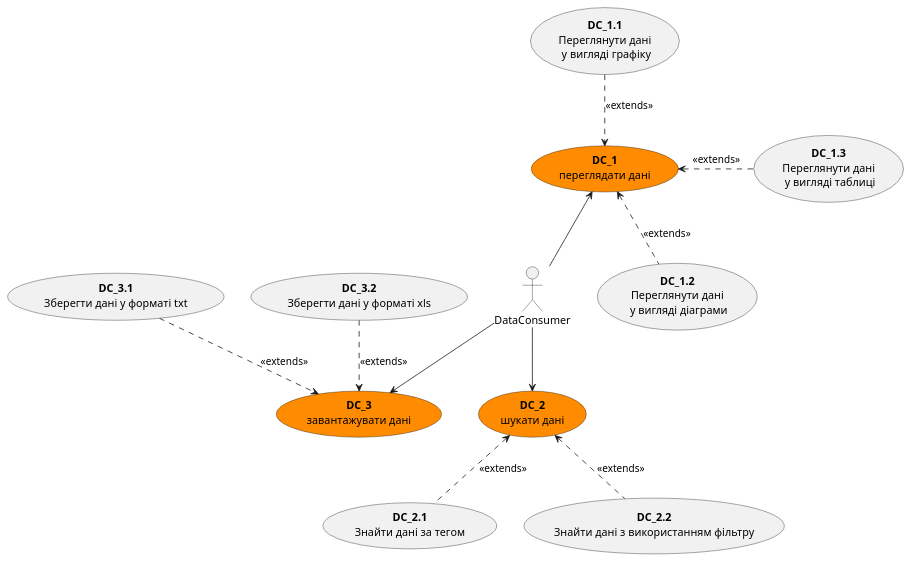
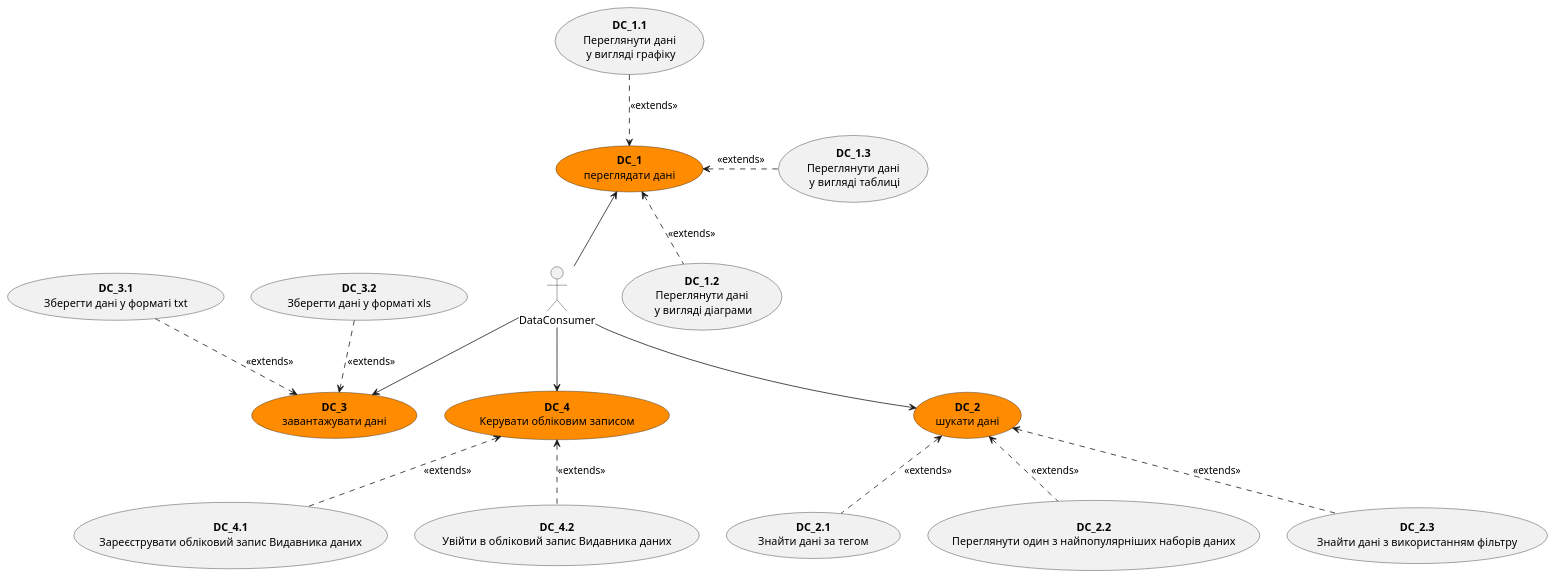
One commit to boldak/edu-db-cw changed the second of 21 diagrams in docs/use cases/Readme.md. Above: the diagram before and after it, drawn with PlantUML. The commit also changed other lines of this file and 2 other files, not shown here.

```diff
--- a/docs/use cases/Readme.md
+++ b/docs/use cases/Readme.md
@@ -47,40 +51,53 @@
 @startuml
 
 actor DataConsumer
   
   usecase Duse1 as "<b>DC_1</b>\nпереглядати данi" #FF8C00
   usecase Duse2 as "<b>DC_2</b>\nшукати данi" #FF8C00
   usecase Duse3 as "<b>DC_3</b>\nзавантажувати данi" #FF8C00
+  usecase Duse4 as "<b>DC_4</b>\nКерувати облiковим записом" #FF8C00 
   
   usecase Duse1_1 as "<b>DC_1.1</b>\nПереглянути дані\n у вигляді графіку"
   usecase Duse1_2 as "<b>DC_1.2</b>\nПереглянути дані\n у вигляді діаграми"
   usecase Duse1_3 as "<b>DC_1.3</b>\nПереглянути дані\n у вигляді таблиці"
   
   usecase Duse2_1 as "<b>DC_2.1</b>\nЗнайти дані за тегом"
-  usecase Duse2_2 as "<b>DC_2.2</b>\nЗнайти дані з використанням фільтру"
+  usecase Duse2_2 as "<b>DC_2.2</b>\nПереглянути один з найпопулярніших наборів даних"
+  usecase Duse2_3 as "<b>DC_2.3</b>\nЗнайти дані з використанням фільтру"
   
   usecase Duse3_1 as "<b>DC_3.1</b>\nЗберегти дані у форматі txt"
   usecase Duse3_2 as "<b>DC_3.2</b>\nЗберегти дані у форматі xls"
 
-  
+  usecase Duse4_1 as "<b>DC_4.1</b>\nЗареєструвати обліковий запис Видавника даних"
+  usecase Duse4_2 as "<b>DC_4.2</b>\nУвійти в обліковий запис Видавника даних"
+
+
+
+
   
   DataConsumer -u-> Duse1
   DataConsumer -d-> Duse2
   DataConsumer -d-> Duse3
+  DataConsumer -d-> Duse4
   
   Duse1_1 .d.> Duse1: <<extends>>
   Duse1_2 .u.> Duse1: <<extends>>
   Duse1_3 .l.> Duse1: <<extends>>
 
   Duse2_1 .u.> Duse2: <<extends>>
   Duse2_2 .u.> Duse2: <<extends>>
+  Duse2_3 .u.> Duse2: <<extends>>
 
   Duse3_1 .d.> Duse3: <<extends>>
   Duse3_2 .d.> Duse3: <<extends>>
+
+  Duse4_1 .u.> Duse4: <<extends>>
+  Duse4_2 .u.> Duse4: <<extends>>
+ 
 
 
 
 
 
   
 @enduml
```
